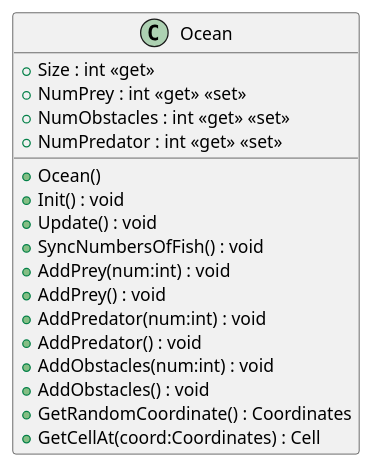
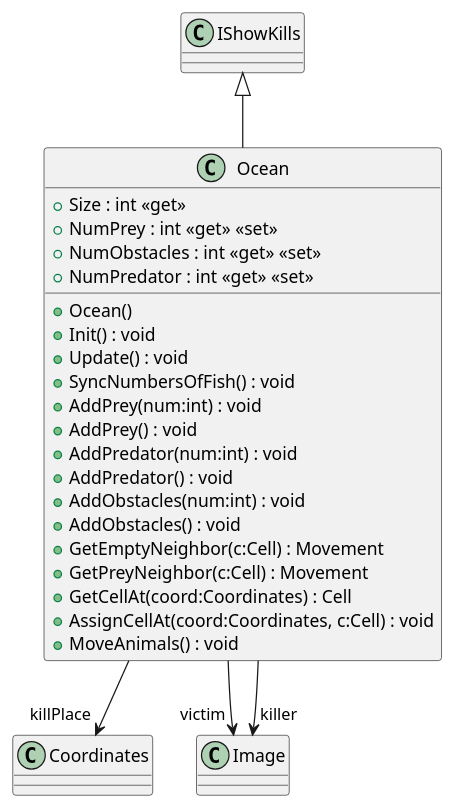
Before and after one commit to 19vano97/levelUpOOP: the diagram in plantuml/OceanLife/Ocean.puml, drawn with PlantUML. The commit also changed 28 other files, not shown here.

```diff
--- a/plantuml/OceanLife/Ocean.puml
+++ b/plantuml/OceanLife/Ocean.puml
@@ -1,20 +1,27 @@
 @startuml
 class Ocean {
     + Ocean()
     + Size : int <<get>>
     + NumPrey : int <<get>> <<set>>
     + NumObstacles : int <<get>> <<set>>
     + NumPredator : int <<get>> <<set>>
     + Init() : void
     + Update() : void
     + SyncNumbersOfFish() : void
     + AddPrey(num:int) : void
     + AddPrey() : void
     + AddPredator(num:int) : void
     + AddPredator() : void
     + AddObstacles(num:int) : void
     + AddObstacles() : void
-    + GetRandomCoordinate() : Coordinates
+    + GetEmptyNeighbor(c:Cell) : Movement
+    + GetPreyNeighbor(c:Cell) : Movement
     + GetCellAt(coord:Coordinates) : Cell
+    + AssignCellAt(coord:Coordinates, c:Cell) : void
+    + MoveAnimals() : void
 }
+IShowKills <|-- Ocean
+Ocean --> "killPlace" Coordinates
+Ocean --> "victim" Image
+Ocean --> "killer" Image
 @enduml
```
